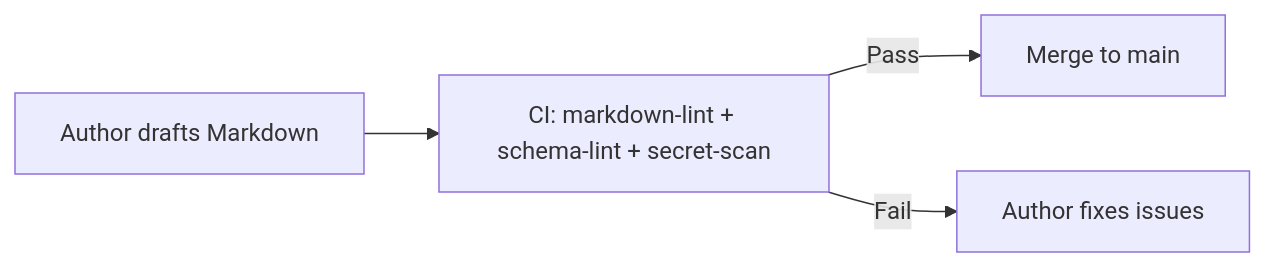
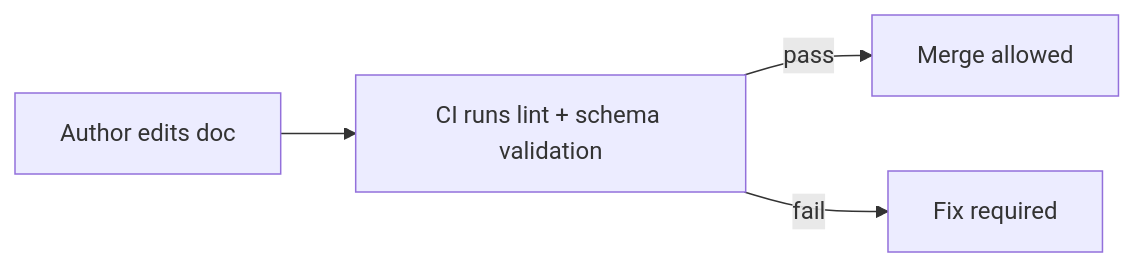
Before and after one commit to bartytime4life/Kansas-Frontier-Matrix: the diagram in docs/standards/kfm_markdown_protocol_v11.2.6.md, drawn with Mermaid. The commit also changed other lines of this file, not shown here.

```diff
--- a/docs/standards/kfm_markdown_protocol_v11.2.6.md
+++ b/docs/standards/kfm_markdown_protocol_v11.2.6.md
@@ -449,6 +361,6 @@
 ~~~mermaid
 flowchart LR
-    A[Author drafts Markdown] --> B[CI: markdown-lint + schema-lint + secret-scan]
-    B -->|Pass| C[Merge to main]
-    B -->|Fail| D[Author fixes issues]
+  A["Author edits doc"] --> B["CI runs lint + schema validation"]
+  B -->|pass| C["Merge allowed"]
+  B -->|fail| D["Fix required"]
 ~~~
```
